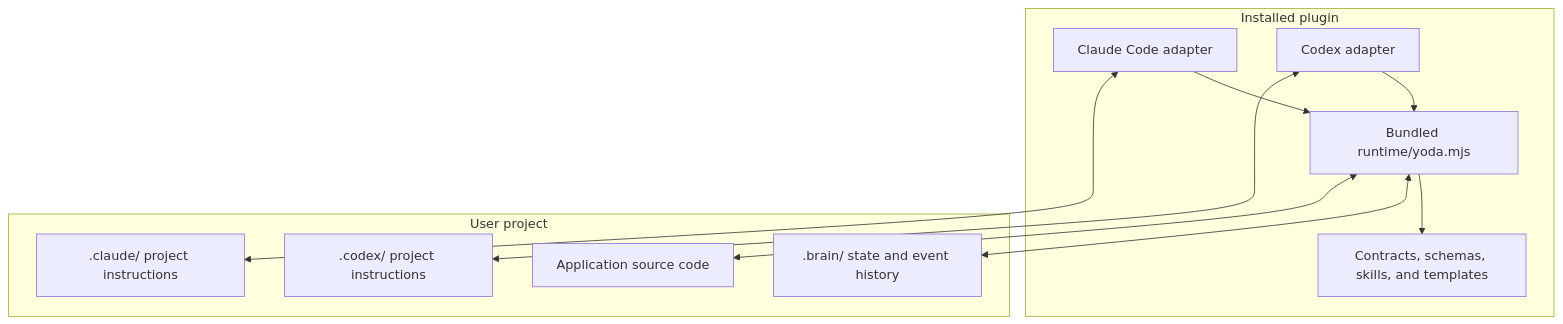
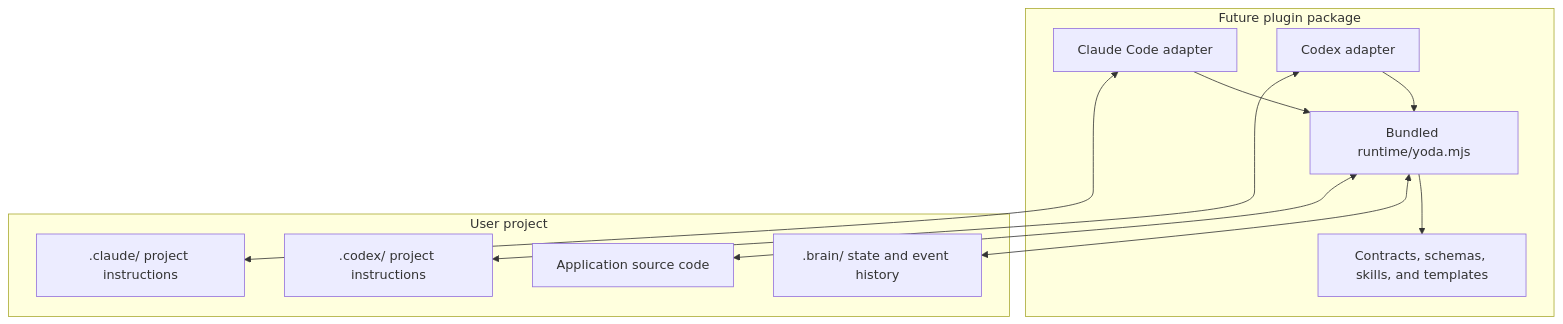
One commit to thiagocorreanet/kratos-harness changed the second of 2 diagrams in README.md. Above: the diagram before and after it, drawn with Mermaid. The commit also changed other lines of this file and 2 other files, not shown here.

````diff
--- a/README.md
+++ b/README.md
@@ -145,24 +152,24 @@
 ```mermaid
 flowchart TB
-    subgraph Plugin[Installed plugin]
+    subgraph Plugin[Future plugin package]
         CC[Claude Code adapter]
         CX[Codex adapter]
         RT[Bundled runtime/yoda.mjs]
         CT[Contracts, schemas, skills, and templates]
         CC --> RT
         CX --> RT
         RT --> CT
     end
 
     subgraph Project[User project]
         BR[.brain/ state and event history]
         CL[.claude/ project instructions]
         CO[.codex/ project instructions]
         SRC[Application source code]
     end
 
     RT <--> BR
     CC <--> CL
     CX <--> CO
     RT <--> SRC
 ```
````
